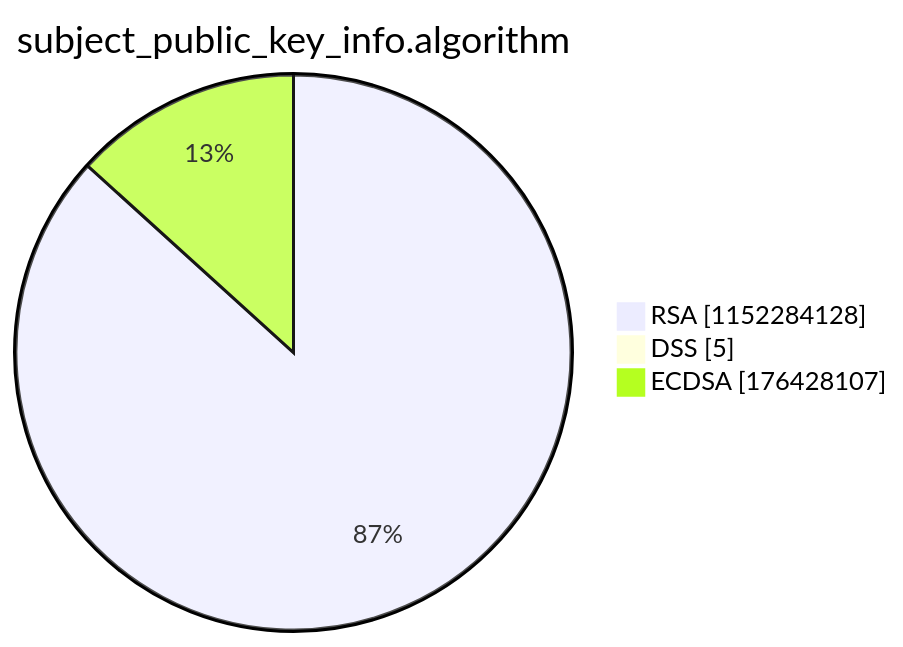
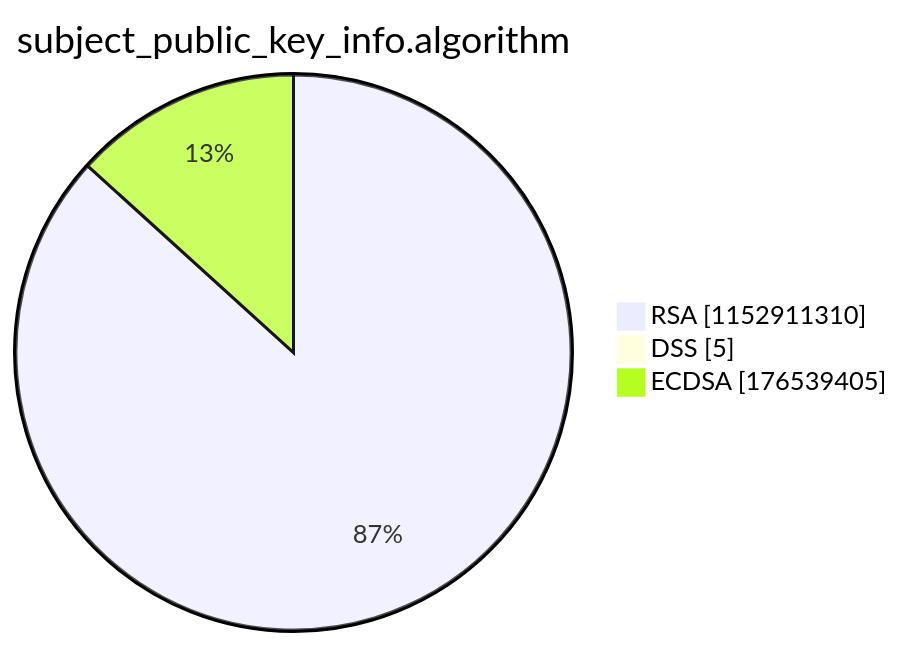
The third of 15 diagrams in argon2022/README.md (christiankrug/ctmonitor_visualization), drawn with Mermaid before and after one commit. The commit also changed other lines of this file, not shown here.

````diff
--- a/argon2022/README.md
+++ b/argon2022/README.md
@@ -14,7 +14,7 @@
 ```mermaid
 pie showData
 title subject_public_key_info.algorithm
-"RSA" :1152284128
+"RSA" :1152911310
 "DSS" :5
-"ECDSA" :176428107
+"ECDSA" :176539405
 ```
````
